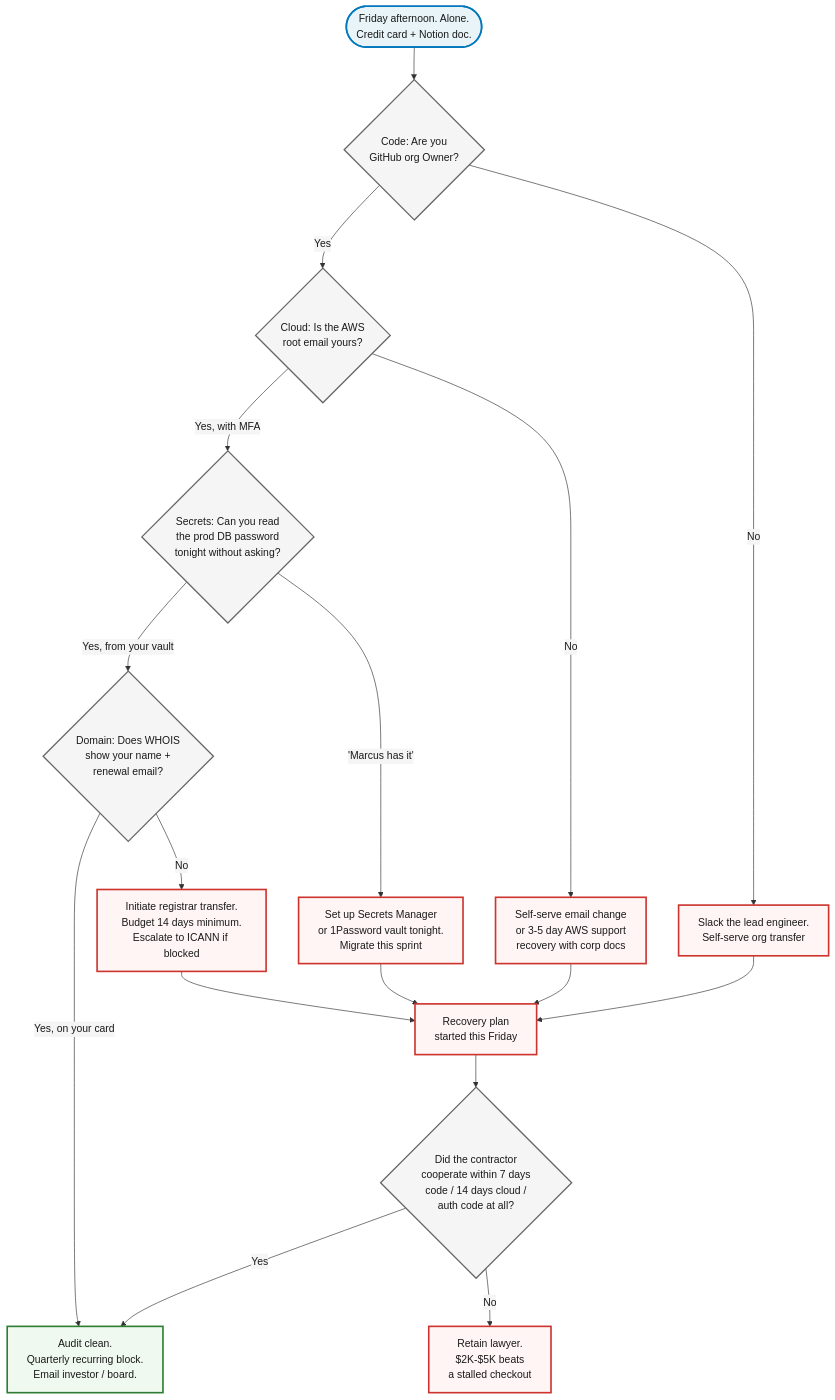
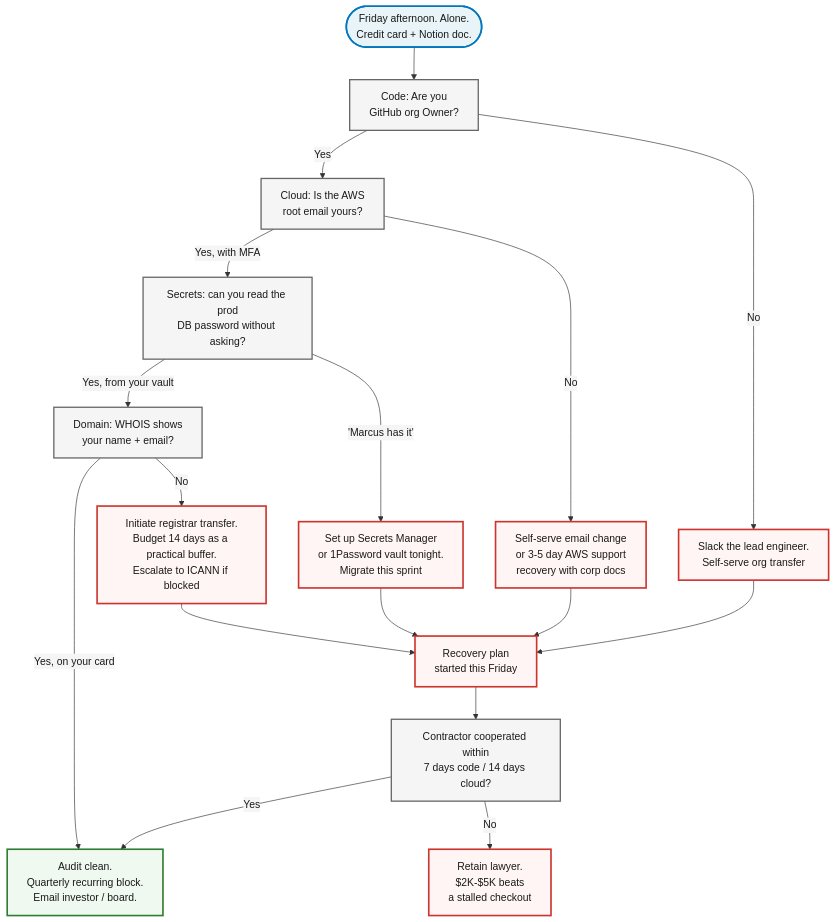
The diagram in content/course/tech-for-non-technical-founders-2026/github-aws-database-ownership-checklist/index.md (jetthoughts/jetthoughts.github.io), drawn with Mermaid before and after one commit. The commit also changed other lines of this file and 39 other files, not shown here.

````diff
--- a/content/course/tech-for-non-technical-founders-2026/github-aws-database-ownership-checklist/index.md
+++ b/content/course/tech-for-non-technical-founders-2026/github-aws-database-ownership-checklist/index.md
@@ -119,36 +122,36 @@
 ```mermaid
 %%{init: {'theme':'base', 'themeVariables': {'fontFamily':'Caveat, Patrick Hand, cursive', 'primaryColor':'#f5f5f5', 'primaryBorderColor':'#666', 'lineColor':'#333', 'primaryTextColor':'#1a1a1a'}}}%%
 flowchart TD
     Start(["Friday afternoon. Alone.<br/>Credit card + Notion doc."])
-    Start --> Code{Code: Are you<br/>GitHub org Owner?}
-    Code -->|Yes| Cloud{Cloud: Is the AWS<br/>root email yours?}
+    Start --> Code["Code: Are you<br/>GitHub org Owner?"]
+    Code -->|Yes| Cloud["Cloud: Is the AWS<br/>root email yours?"]
     Code -->|No| FixCode[Slack the lead engineer.<br/>Self-serve org transfer]
 
-    Cloud -->|Yes, with MFA| Sec{Secrets: Can you read<br/>the prod DB password<br/>tonight without asking?}
+    Cloud -->|Yes, with MFA| Sec["Secrets: can you read the prod<br/>DB password without asking?"]
     Cloud -->|No| FixCloud[Self-serve email change<br/>or 3-5 day AWS support<br/>recovery with corp docs]
 
-    Sec -->|Yes, from your vault| Dom{Domain: Does WHOIS<br/>show your name +<br/>renewal email?}
+    Sec -->|Yes, from your vault| Dom["Domain: WHOIS shows<br/>your name + email?"]
     Sec -->|"'Marcus has it'"| FixSec[Set up Secrets Manager<br/>or 1Password vault tonight.<br/>Migrate this sprint]
 
     Dom -->|Yes, on your card| Pass[Audit clean.<br/>Quarterly recurring block.<br/>Email investor / board.]
-    Dom -->|No| FixDom[Initiate registrar transfer.<br/>Budget 14 days minimum.<br/>Escalate to ICANN if blocked]
+    Dom -->|No| FixDom[Initiate registrar transfer.<br/>Budget 14 days as a practical buffer.<br/>Escalate to ICANN if blocked]
 
     FixCode --> Recovery[Recovery plan<br/>started this Friday]
     FixCloud --> Recovery
     FixSec --> Recovery
     FixDom --> Recovery
 
-    Recovery --> Escalate{Did the contractor<br/>cooperate within 7 days<br/>code / 14 days cloud /<br/>auth code at all?}
+    Recovery --> Escalate["Contractor cooperated within<br/>7 days code / 14 days cloud?"]
     Escalate -->|Yes| Pass
     Escalate -->|No| Lawyer[Retain lawyer.<br/>$2K-$5K beats<br/>a stalled checkout]
 
     classDef good fill:#f0f9f0,stroke:#2e7d32,stroke-width:2.5px,color:#1a1a1a
     classDef bad  fill:#fff5f5,stroke:#cc342d,stroke-width:2.5px,color:#1a1a1a
     classDef neutral fill:#f5f5f5,stroke:#666,stroke-width:2px,color:#1a1a1a
     classDef start fill:#e8f4f8,stroke:#0277bd,stroke-width:2.5px,color:#1a1a1a
 
     class Start start
     class Code,Cloud,Sec,Dom,Escalate neutral
     class Pass good
     class FixCode,FixCloud,FixSec,FixDom,Recovery,Lawyer bad
 ```
````
